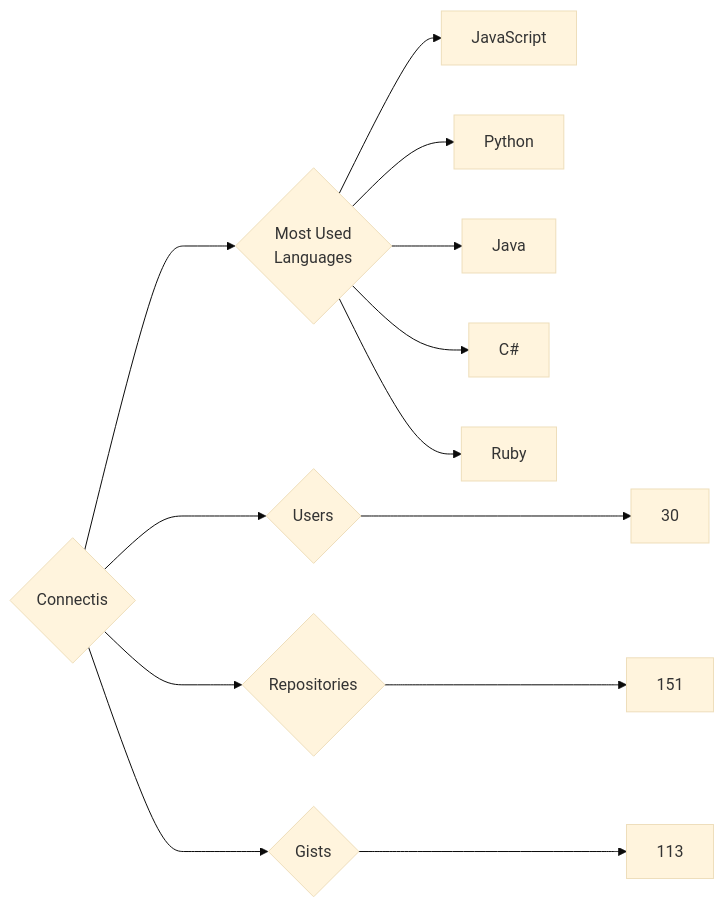
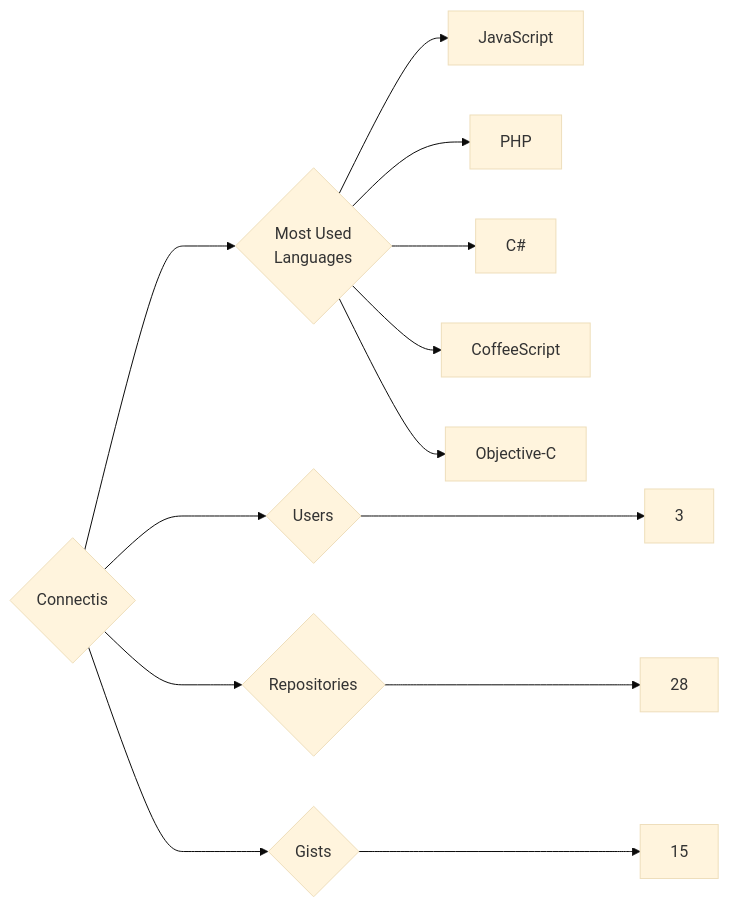
The diagram in targets/Connectis/README.md (trickest/insiders), drawn with Mermaid (base theme) before and after one commit. The commit also changed 965 other files, not shown here.

````diff
--- a/targets/Connectis/README.md
+++ b/targets/Connectis/README.md
@@ -3,13 +3,13 @@
 ```mermaid
 graph LR
 COMPANY_NAME{Connectis}
-COMPANY_NAME ---> U{Users} ---> UN[30]
-COMPANY_NAME ---> R{Repositories} ---> RN[151]
-COMPANY_NAME ---> G{Gists} ---> GN[113]
+COMPANY_NAME ---> U{Users} ---> UN[3]
+COMPANY_NAME ---> R{Repositories} ---> RN[28]
+COMPANY_NAME ---> G{Gists} ---> GN[15]
 COMPANY_NAME ---> ML{Most Used<br>Languages}
 ML --> JavaScript[JavaScript]
-ML --> Python[Python]
-ML --> Java[Java]
+ML --> PHP[PHP]
 ML --> C#[C#]
-ML --> Ruby[Ruby]
+ML --> CoffeeScript[CoffeeScript]
+ML --> Objective-C[Objective-C]
 ```
````
